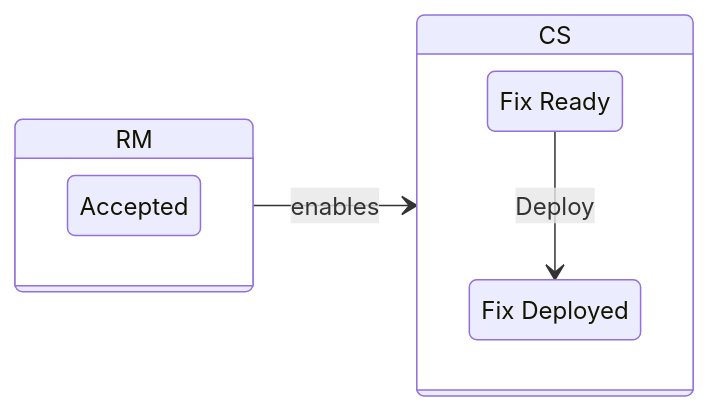
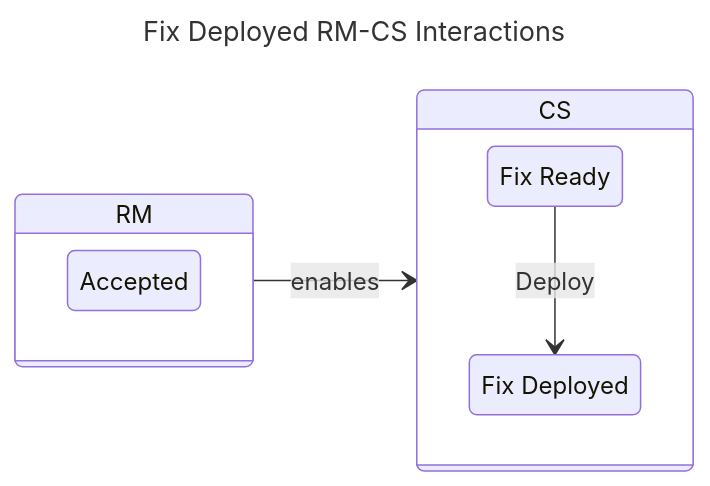
One commit to CERTCC/Vultron changed the fourth of 9 diagrams in docs/topics/process_models/model_interactions/rm_em_cs.md. Above: the diagram before and after it, drawn with Mermaid. The commit also changed other lines of this file and 30 other files, not shown here.

````diff
--- a/docs/topics/process_models/model_interactions/rm_em_cs.md
+++ b/docs/topics/process_models/model_interactions/rm_em_cs.md
@@ -183,14 +193,17 @@
 ```mermaid
+---
+title: Fix Deployed RM-CS Interactions
+---
 stateDiagram-v2
     direction LR
     state RM {
         Accepted
     }
     state CS {
         VFd: Fix Ready
         VFD: Fix Deployed
         
         VFd --> VFD : Deploy
     }
     RM --> CS: enables
 ```
````
